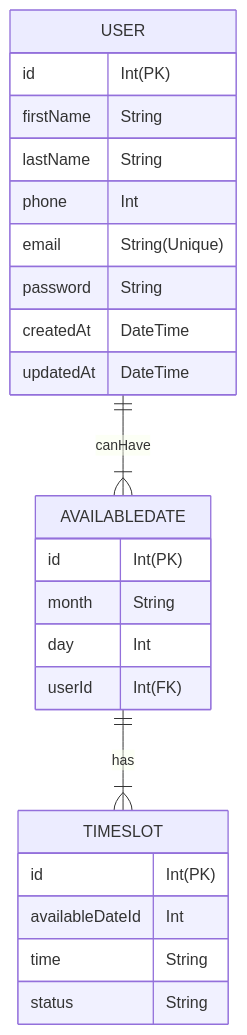
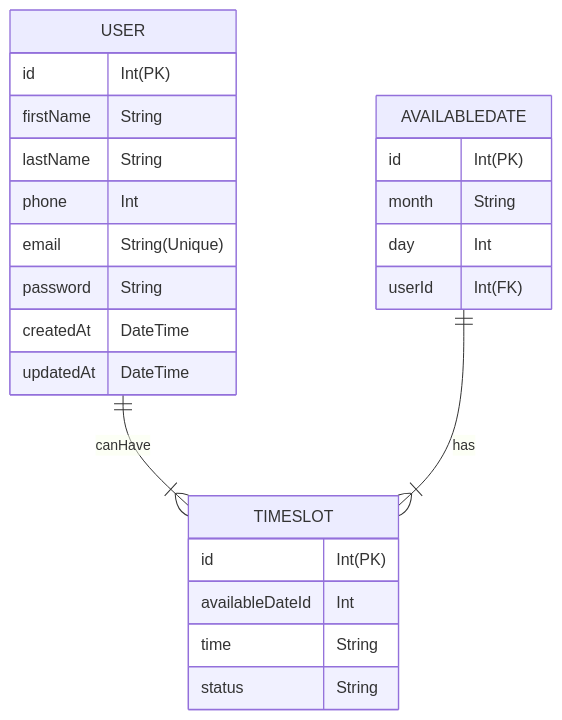
The diagram in ERD.md (PeachyOmnivore/WellGroundedCounsellingServer), drawn with Mermaid before and after one commit. The commit also changed 2 other files, not shown here.

Commit message:
docs: updated ERD to reflect proper realtionships

````diff
--- a/ERD.md
+++ b/ERD.md
@@ -3,34 +3,34 @@
 ```mermaid
 
 erDiagram
 
 USER {
     id Int(PK)
     firstName String
     lastName String
     phone Int
     email String(Unique)
     password String
     createdAt DateTime
     updatedAt DateTime
 }
 
 AVAILABLEDATE {
     id Int(PK)
     month  String
     day    Int
     userId Int(FK)
 }
 
 TIMESLOT {
     id Int(PK)
     availableDateId Int
     time String
     status String
 }
 
-USER ||--|{ AVAILABLEDATE : canHave
+USER ||--|{ TIMESLOT : canHave
 
 AVAILABLEDATE ||--|{ TIMESLOT : has
 
 ```
````
